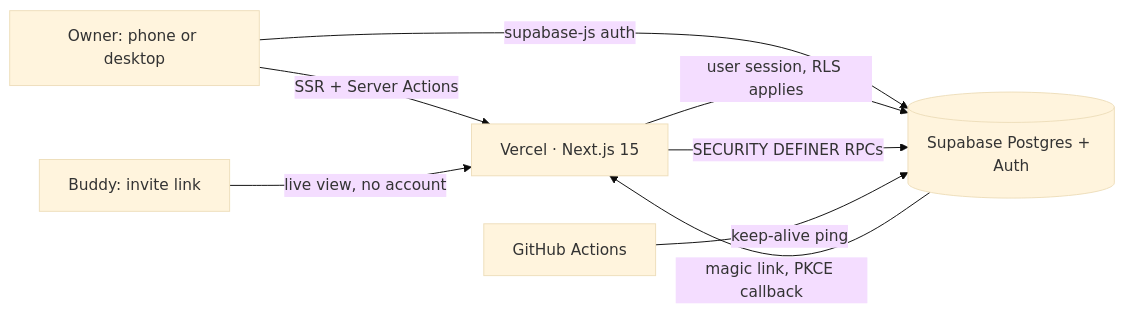
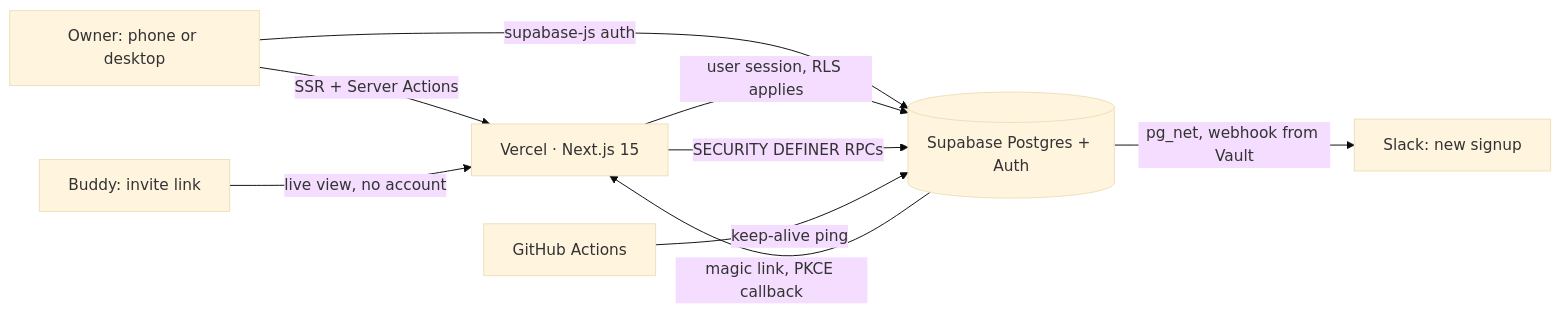
Before and after one commit to andriuskleinas/habitual: the diagram in README.md, drawn with Mermaid (base theme). The commit also changed other lines of this file and 7 other files, not shown here.

First line of the commit message:
Track the database schema as migrations, with access-rule tests (#2)

````diff
--- a/README.md
+++ b/README.md
@@ -64,10 +64,11 @@
 ```mermaid
 flowchart LR
   O[Owner: phone or desktop] -->|SSR + Server Actions| V[Vercel · Next.js 15]
   B[Buddy: invite link] -->|live view, no account| V
   O -->|supabase-js auth| S[(Supabase Postgres + Auth)]
   V -->|user session, RLS applies| S
   V -->|SECURITY DEFINER RPCs| S
   S -->|magic link, PKCE callback| V
+  S -->|pg_net, webhook from Vault| SL[Slack: new signup]
   GH[GitHub Actions] -->|keep-alive ping| S
 ```
````
